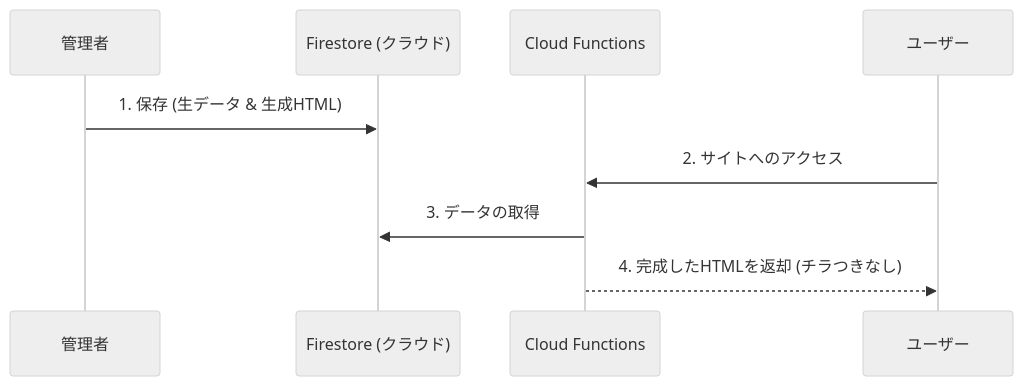
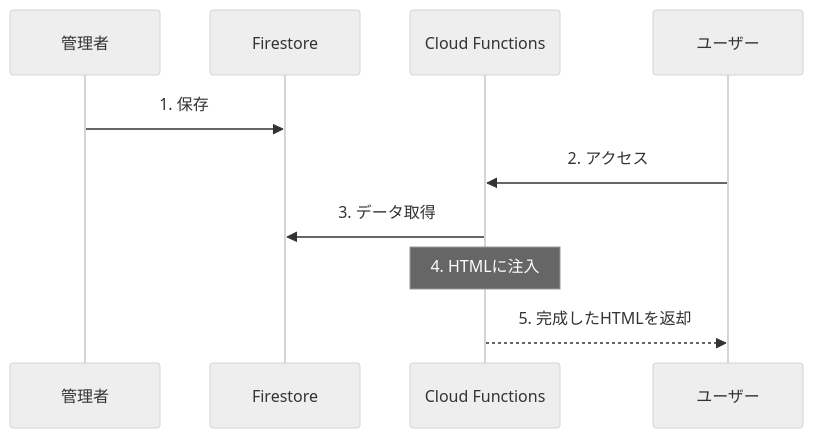
The diagram in README.md (kkitase/hackathon-builder), drawn with Mermaid (neutral theme) before and after one commit. The commit also changed other lines of this file and 4 other files, not shown here.

````diff
--- a/README.md
+++ b/README.md
@@ -19,12 +20,13 @@
 ```mermaid
 sequenceDiagram
     participant Admin as 管理者
-    participant DB as Firestore (クラウド)
+    participant DB as Firestore
     participant SSR as Cloud Functions
     participant User as ユーザー
 
-    Admin->>DB: 1. 保存 (生データ & 生成HTML)
-    User->>SSR: 2. サイトへのアクセス
-    SSR->>DB: 3. データの取得
-    SSR-->>User: 4. 完成したHTMLを返却 (チラつきなし)
+    Admin->>DB: 1. 保存
+    User->>SSR: 2. アクセス
+    SSR->>DB: 3. データ取得
+    Note over SSR: 4. HTMLに注入
+    SSR-->>User: 5. 完成したHTMLを返却
 ```
````
